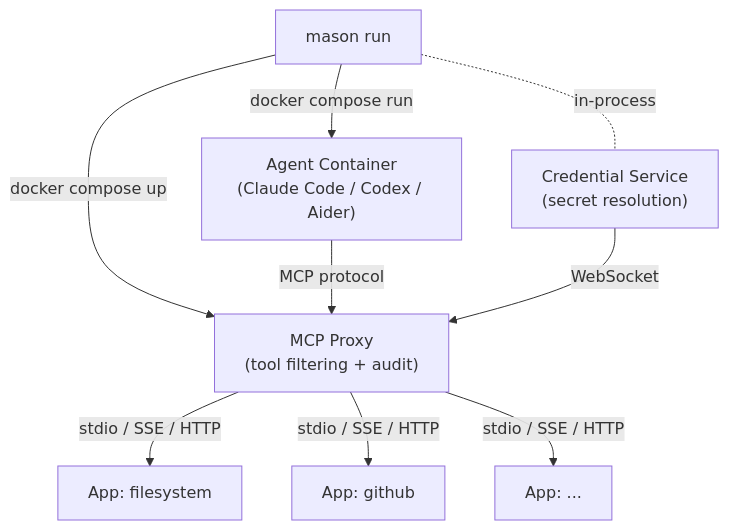
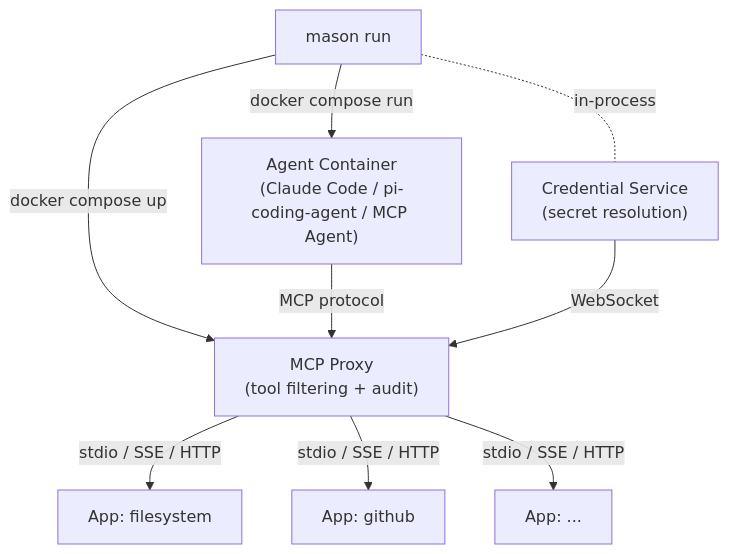
The first of 5 diagrams in docs/architecture.md (clawmasons/mason), drawn with Mermaid before and after one commit. The commit also changed other lines of this file and 65 other files, not shown here.

````diff
--- a/docs/architecture.md
+++ b/docs/architecture.md
@@ -12,13 +12,13 @@
 ```mermaid
 graph TB
     CLI["mason run"]
     CLI -->|docker compose up| Proxy["MCP Proxy<br/>(tool filtering + audit)"]
-    CLI -->|docker compose run| Agent["Agent Container<br/>(Claude Code / Codex / Aider)"]
+    CLI -->|docker compose run| Agent["Agent Container<br/>(Claude Code / pi-coding-agent / MCP Agent)"]
     CLI -.-|in-process| CredSvc["Credential Service<br/>(secret resolution)"]
 
     Agent -->|MCP protocol| Proxy
     CredSvc -->|WebSocket| Proxy
     Proxy -->|stdio / SSE / HTTP| App1["App: filesystem"]
     Proxy -->|stdio / SSE / HTTP| App2["App: github"]
     Proxy -->|stdio / SSE / HTTP| AppN["App: ..."]
 ```
````
